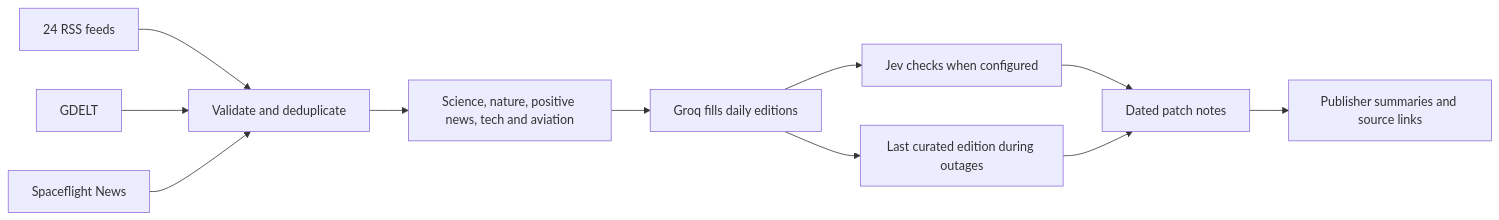
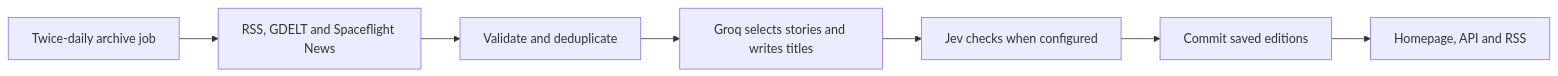
The diagram in README.md (byalex33/changelog.earth), drawn with Mermaid before and after one commit. The commit also changed other lines of this file and 21 other files, not shown here.

````diff
--- a/README.md
+++ b/README.md
@@ -68,13 +68,9 @@
 ```mermaid
 flowchart LR
-    A[24 RSS feeds] --> D[Validate and deduplicate]
-    B[GDELT] --> D
-    C[Spaceflight News] --> D
-    D --> E[Science, nature, positive news, tech and aviation]
-    E --> F[Groq fills daily editions]
-    F --> J[Jev checks when configured]
-    J --> G[Dated patch notes]
-    F --> H[Last curated edition during outages]
-    H --> G
-    G --> I[Publisher summaries and source links]
+    A[Twice-daily archive job] --> B[RSS, GDELT and Spaceflight News]
+    B --> C[Validate and deduplicate]
+    C --> D[Groq selects stories and writes titles]
+    D --> E[Jev checks when configured]
+    E --> F[Commit saved editions]
+    F --> G[Homepage, API and RSS]
 ```
````
